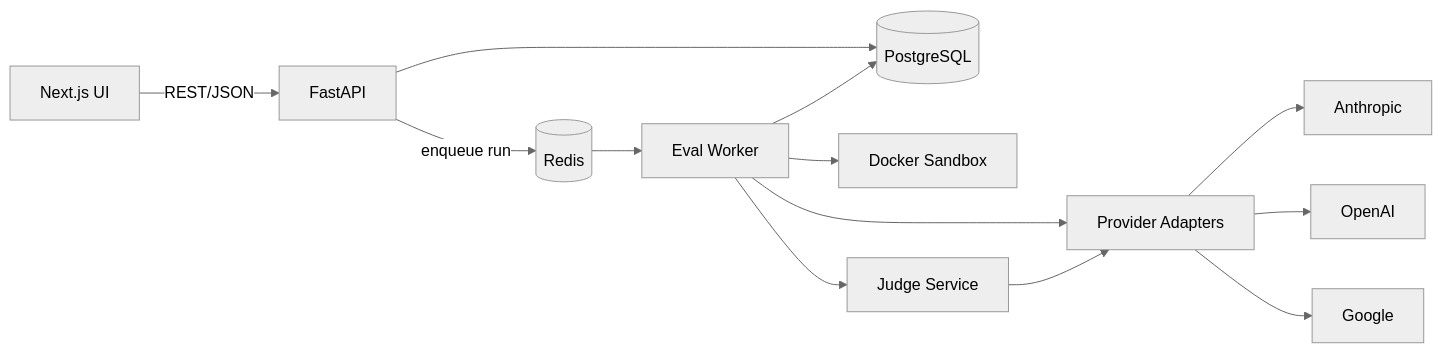
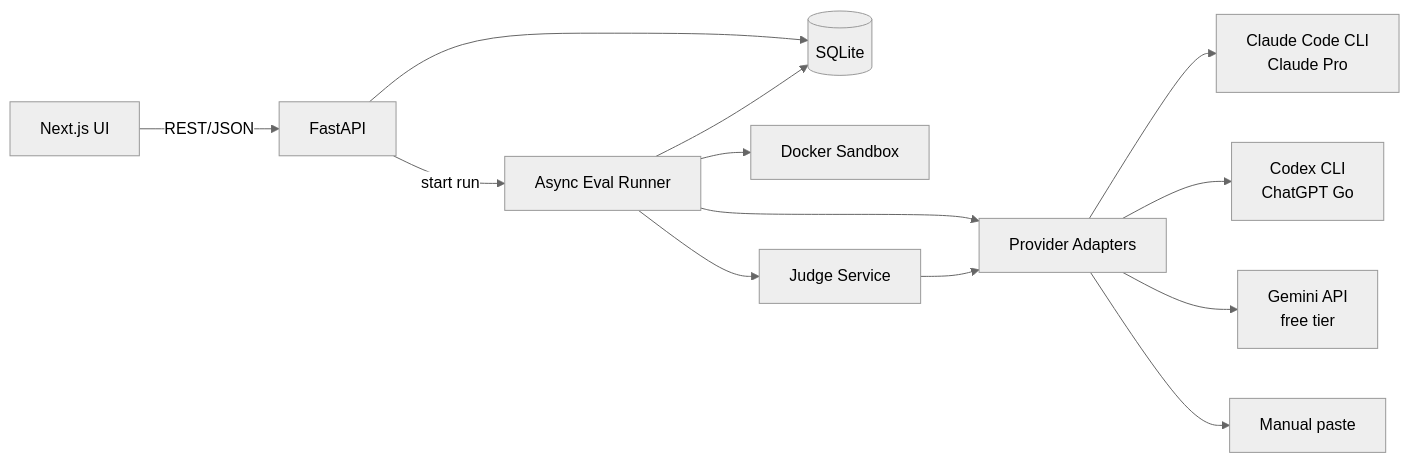
One commit to madhuKesarkar/frontier-model-evaluator changed the diagram in SPEC.md. Above: the diagram before and after it, drawn with Mermaid (neutral theme). The commit also changed other lines of this file and 2 other files, not shown here.

````diff
--- a/SPEC.md
+++ b/SPEC.md
@@ -292,15 +324,15 @@
 ```mermaid
 flowchart LR
   UI[Next.js UI] -->|REST/JSON| API[FastAPI]
-  API --> DB[(PostgreSQL)]
-  API -->|enqueue run| Q[(Redis)]
-  Q --> W[Eval Worker]
+  API --> DB[(SQLite)]
+  API -->|start run| W[Async Eval Runner]
   W --> AD[Provider Adapters]
-  AD --> P1[Anthropic]
-  AD --> P2[OpenAI]
-  AD --> P3[Google]
+  AD --> P1[Claude Code CLI\nClaude Pro]
+  AD --> P2[Codex CLI\nChatGPT Go]
+  AD --> P3[Gemini API\nfree tier]
+  AD --> P4[Manual paste]
   W --> SB[Docker Sandbox]
   W --> J[Judge Service]
   J --> AD
   W --> DB
 ```
````
